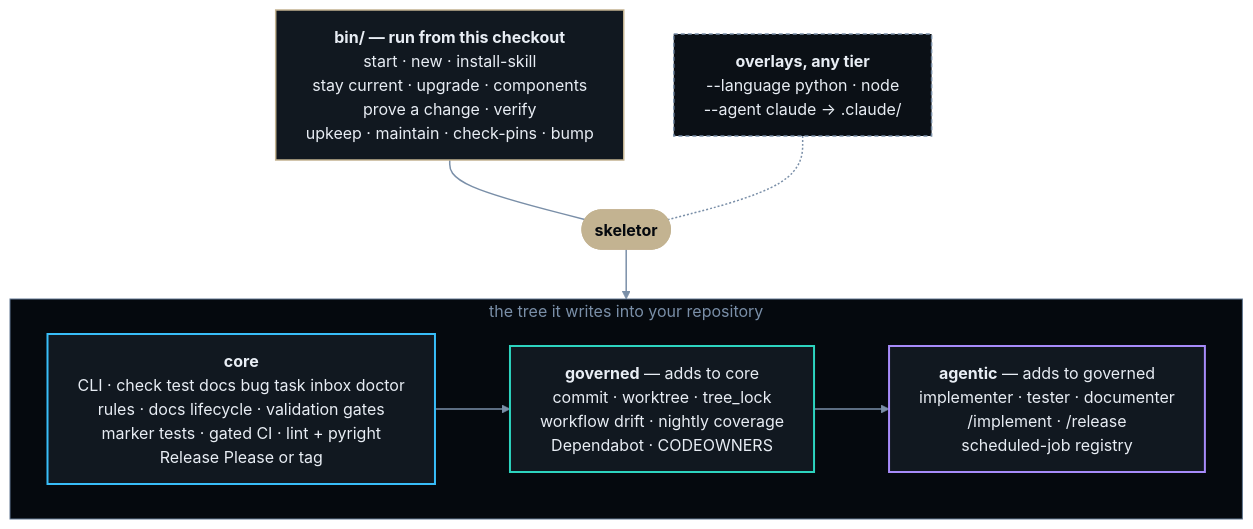
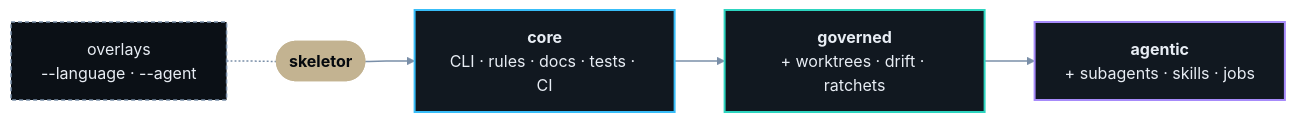
One commit to skyrowlabs/skeletor changed the diagram in README.md. Above: the diagram before and after it, drawn with Mermaid.

Commit message:
docs(readme): lay the tier diagram out as one left-to-right chain

````diff
--- a/README.md
+++ b/README.md
@@ -73,31 +73,23 @@
 ```mermaid
-%%{init: {"flowchart": {"wrappingWidth": 420}}}%%
-flowchart TB
-    BIN["<b>bin/ — run from this checkout</b><br/>start · new · install-skill<br/>stay current · upgrade · components<br/>prove a change · verify<br/>upkeep · maintain · check-pins · bump"]
-    OVL["<b>overlays, any tier</b><br/>--language python · node<br/>--agent claude → .claude/"]
+flowchart LR
+    OVL["overlays<br/>--language · --agent"]
     S(["<b>skeletor</b>"])
-    subgraph TIERS["the tree it writes into your repository"]
-        direction LR
-        CORE["<b>core</b><br/>CLI · check test docs bug task inbox doctor<br/>rules · docs lifecycle · validation gates<br/>marker tests · gated CI · lint + pyright<br/>Release Please or tag"]
-        GOV["<b>governed</b> — adds to core<br/>commit · worktree · tree_lock<br/>workflow drift · nightly coverage<br/>Dependabot · CODEOWNERS"]
-        AGT["<b>agentic</b> — adds to governed<br/>implementer · tester · documenter<br/>/implement · /release<br/>scheduled-job registry"]
-        CORE --> GOV --> AGT
-    end
-    BIN --- S
+    CORE["<b>core</b><br/>CLI · rules · docs · tests · CI"]
+    GOV["<b>governed</b><br/>+ worktrees · drift · ratchets"]
+    AGT["<b>agentic</b><br/>+ subagents · skills · jobs"]
     OVL -.- S
-    S --> TIERS
+    S --> CORE --> GOV --> AGT
 
     classDef default fill:#111820,stroke:#c3b391,stroke-width:1.5px,color:#e8edf4
     classDef root fill:#c3b391,stroke:#c3b391,color:#05090e
     classDef core fill:#111820,stroke:#38bdf8,stroke-width:2px,color:#e8edf4
     classDef gov fill:#111820,stroke:#2dd4bf,stroke-width:2px,color:#e8edf4
     classDef agt fill:#111820,stroke:#a78bfa,stroke-width:2px,color:#e8edf4
     classDef overlay fill:#0b1016,stroke:#7a8fa8,stroke-dasharray:4 3,color:#e8edf4
     class S root
     class CORE core
     class GOV gov
     class AGT agt
     class OVL overlay
-    style TIERS fill:#05090e,stroke:#617791,color:#7a8fa8
     linkStyle default stroke:#7a8fa8,stroke-width:1.5px
 ```
````
